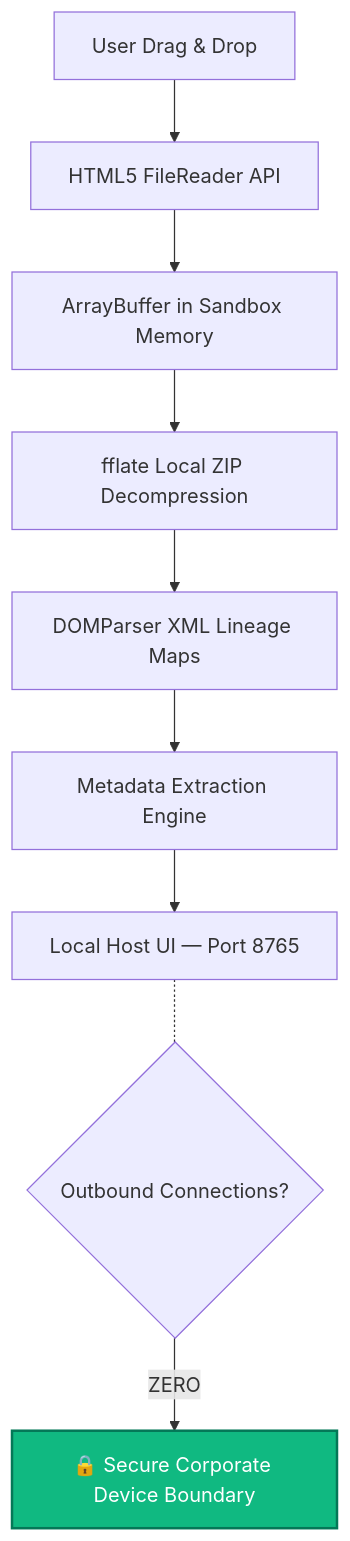
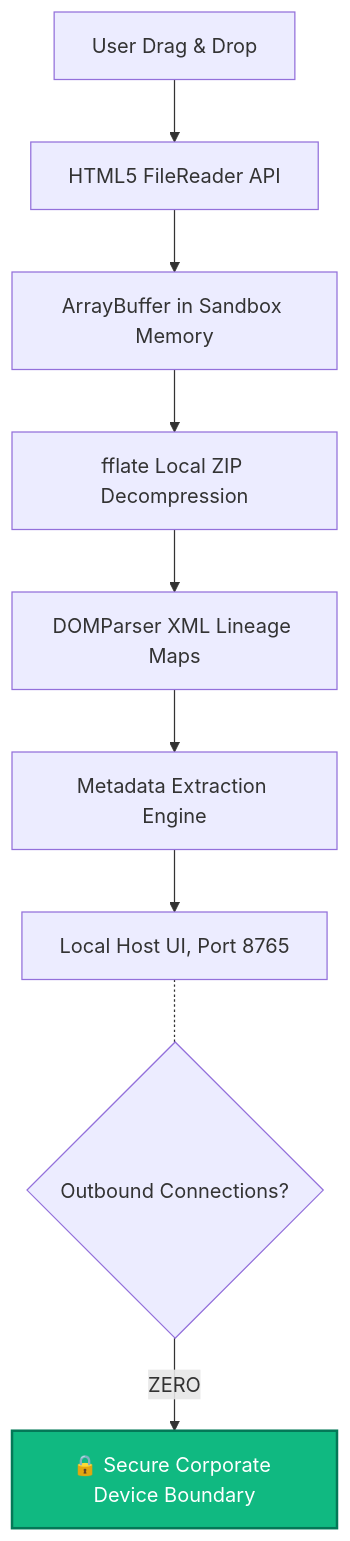
One commit to vyankur/vyankur.github.io changed the second of 5 diagrams in content/insights/workbook-sentinel.md. Above: the diagram before and after it, drawn with Mermaid. The commit also changed other lines of this file and 3 other files, not shown here.

````diff
--- a/content/insights/workbook-sentinel.md
+++ b/content/insights/workbook-sentinel.md
@@ -94,12 +94,12 @@
 ```mermaid
 graph TD
     A["User Drag & Drop"] --> B["HTML5 FileReader API"]
     B --> C["ArrayBuffer in Sandbox Memory"]
     C --> D["fflate Local ZIP Decompression"]
     D --> E["DOMParser XML Lineage Maps"]
     E --> F["Metadata Extraction Engine"]
-    F --> G["Local Host UI — Port 8765"]
+    F --> G["Local Host UI, Port 8765"]
     G -.- H{"Outbound Connections?"}
     H -- "ZERO" --> I["🔒 Secure Corporate Device Boundary"]
     style I fill:#10B981,stroke:#047857,stroke-width:2px,color:#fff
 ```
````
